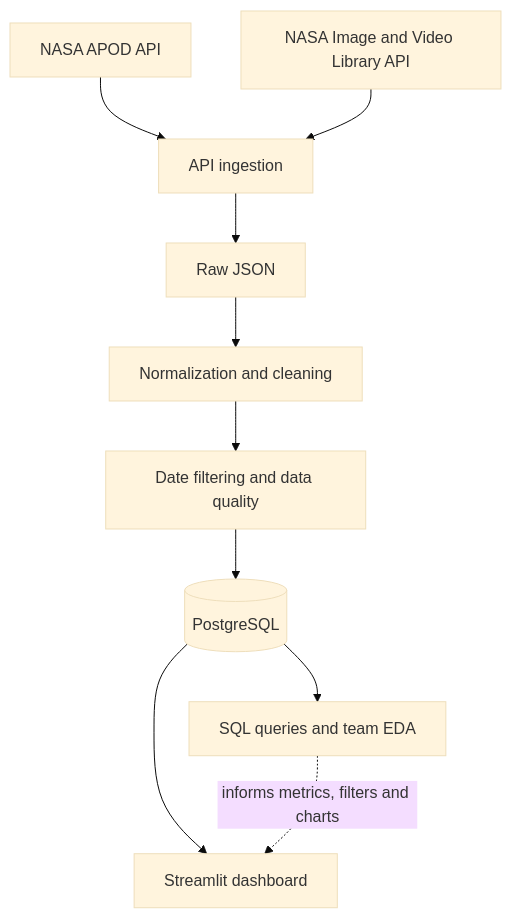
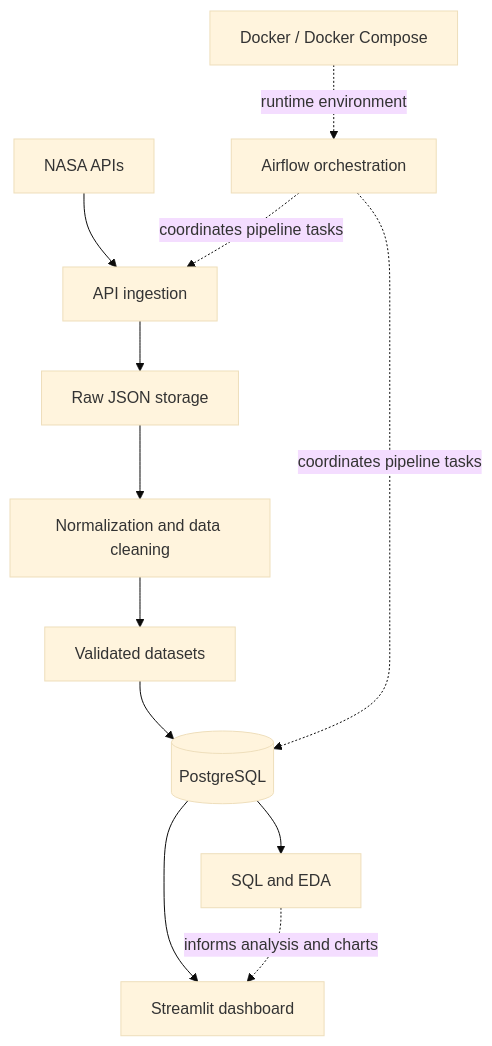
The diagram in README.md (chirrene/400_Data-engineering_project), drawn with Mermaid (base theme) before and after one commit. The commit also changed other lines of this file, not shown here.

````diff
--- a/README.md
+++ b/README.md
@@ -53,12 +31,14 @@
 ```mermaid
 flowchart TD
-    A[NASA APOD API] --> C[API ingestion]
-    B[NASA Image and Video Library API] --> C
-    C --> D[Raw JSON]
-    D --> E[Normalization and cleaning]
-    E --> F[Date filtering and data quality]
-    F --> G[(PostgreSQL)]
-    G --> H[SQL queries and team EDA]
-    G --> I[Streamlit dashboard]
-    H -. informs metrics, filters and charts .-> I
+    A[NASA APIs] --> B[API ingestion]
+    B --> C[Raw JSON storage]
+    C --> D[Normalization and data cleaning]
+    D --> E[Validated datasets]
+    E --> F[(PostgreSQL)]
+    F --> G[SQL and EDA]
+    F --> H[Streamlit dashboard]
+    G -. informs analysis and charts .-> H
+    I[Airflow orchestration] -. coordinates pipeline tasks .-> B
+    I -. coordinates pipeline tasks .-> F
+    J[Docker / Docker Compose] -. runtime environment .-> I
 ```
````
